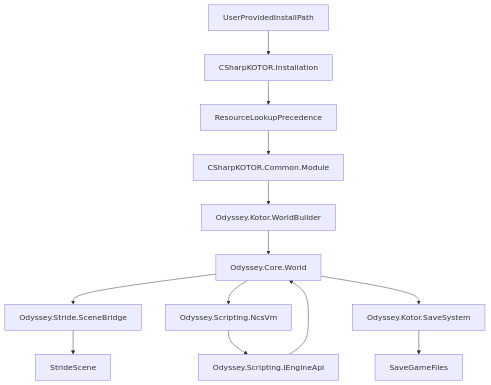
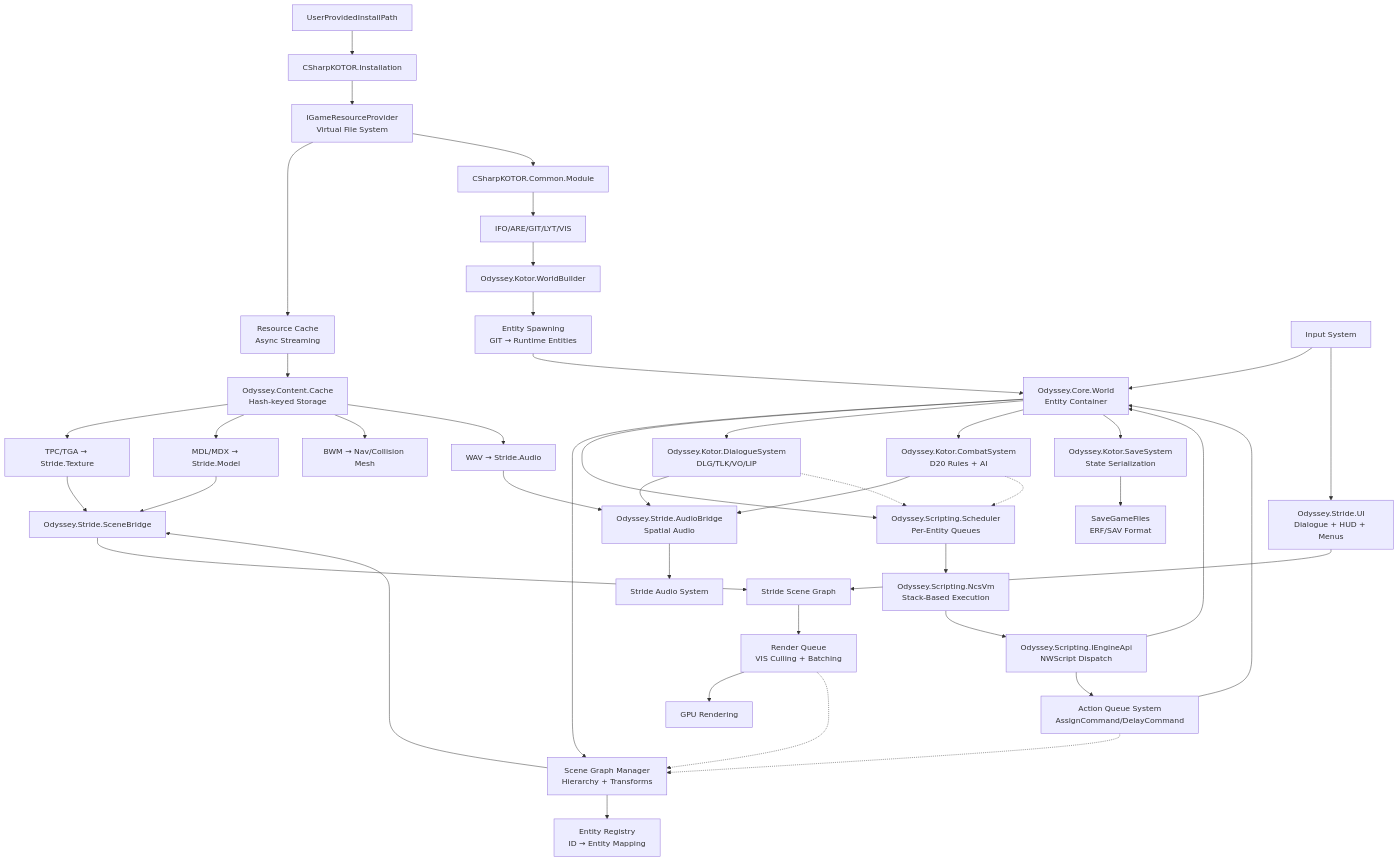
Before and after one commit to th3w1zard1/KPatcher: the diagram in .cursor/plans/stride_odyssey_engine_e8927e4a.plan.md, drawn with Mermaid. The commit also changed other lines of this file, not shown here.

Commit message:
docs: enhance Stride Odyssey plan with comprehensive data flow and implementation patterns

````diff
--- a/.cursor/plans/stride_odyssey_engine_e8927e4a.plan.md
+++ b/.cursor/plans/stride_odyssey_engine_e8927e4a.plan.md
@@ -85,19 +86,66 @@
 ```mermaid
 flowchart TD
+  %% Resource Layer
   userInstall[UserProvidedInstallPath] --> installScan[CSharpKOTOR.Installation]
-  installScan --> resLookup[ResourceLookupPrecedence]
-  resLookup --> moduleLoad[CSharpKOTOR.Common.Module]
-
-  moduleLoad --> worldBuild[Odyssey.Kotor.WorldBuilder]
-  worldBuild --> runtimeWorld[Odyssey.Core.World]
-
-  runtimeWorld --> strideBridge[Odyssey.Stride.SceneBridge]
-  strideBridge --> strideScene[StrideScene]
-
-  runtimeWorld --> scriptHost[Odyssey.Scripting.NcsVm]
-  scriptHost --> engineApi[Odyssey.Scripting.IEngineApi]
+  installScan --> resProvider[IGameResourceProvider<br/>Virtual File System]
+  resProvider --> resCache[Resource Cache<br/>Async Streaming]
+  
+  %% Module Loading
+  resProvider --> moduleLoad[CSharpKOTOR.Common.Module]
+  moduleLoad --> moduleData[IFO/ARE/GIT/LYT/VIS]
+  
+  %% Content Pipeline
+  resCache --> contentCache[Odyssey.Content.Cache<br/>Hash-keyed Storage]
+  contentCache --> textureConv[TPC/TGA → Stride.Texture]
+  contentCache --> modelConv[MDL/MDX → Stride.Model]
+  contentCache --> walkmeshConv[BWM → Nav/Collision Mesh]
+  contentCache --> audioConv[WAV → Stride.Audio]
+  
+  %% World Construction
+  moduleData --> worldBuilder[Odyssey.Kotor.WorldBuilder]
+  worldBuilder --> entitySpawn[Entity Spawning<br/>GIT → Runtime Entities]
+  entitySpawn --> runtimeWorld[Odyssey.Core.World<br/>Entity Container]
+  
+  %% Scene Graph
+  runtimeWorld --> sceneGraph[Scene Graph Manager<br/>Hierarchy + Transforms]
+  sceneGraph --> entityRegistry[Entity Registry<br/>ID → Entity Mapping]
+  
+  %% Rendering Pipeline
+  sceneGraph --> renderBridge[Odyssey.Stride.SceneBridge]
+  textureConv --> renderBridge
+  modelConv --> renderBridge
+  renderBridge --> strideScene[Stride Scene Graph]
+  strideScene --> renderQueue[Render Queue<br/>VIS Culling + Batching]
+  renderQueue --> gpu[GPU Rendering]
+  
+  %% Scripting System
+  runtimeWorld --> scriptScheduler[Odyssey.Scripting.Scheduler<br/>Per-Entity Queues]
+  scriptScheduler --> ncsVm[Odyssey.Scripting.NcsVm<br/>Stack-Based Execution]
+  ncsVm --> engineApi[Odyssey.Scripting.IEngineApi<br/>NWScript Dispatch]
   engineApi --> runtimeWorld
-
-  runtimeWorld --> saveSys[Odyssey.Kotor.SaveSystem]
-  saveSys --> saveFiles[SaveGameFiles]
+  engineApi --> actionQueue[Action Queue System<br/>AssignCommand/DelayCommand]
+  actionQueue --> runtimeWorld
+  
+  %% Game Systems
+  runtimeWorld --> dialogueSys[Odyssey.Kotor.DialogueSystem<br/>DLG/TLK/VO/LIP]
+  runtimeWorld --> combatSys[Odyssey.Kotor.CombatSystem<br/>D20 Rules + AI]
+  runtimeWorld --> saveSys[Odyssey.Kotor.SaveSystem<br/>State Serialization]
+  saveSys --> saveFiles[SaveGameFiles<br/>ERF/SAV Format]
+  
+  %% Input & UI
+  inputSys[Input System] --> runtimeWorld
+  inputSys --> uiSys[Odyssey.Stride.UI<br/>Dialogue + HUD + Menus]
+  uiSys --> strideScene
+  
+  %% Audio
+  audioConv --> audioBridge[Odyssey.Stride.AudioBridge<br/>Spatial Audio]
+  dialogueSys --> audioBridge
+  combatSys --> audioBridge
+  audioBridge --> strideAudio[Stride Audio System]
+  
+  %% Feedback Loops
+  renderQueue -.-> sceneGraph
+  actionQueue -.-> sceneGraph
+  combatSys -.-> scriptScheduler
+  dialogueSys -.-> scriptScheduler
 ```
````
